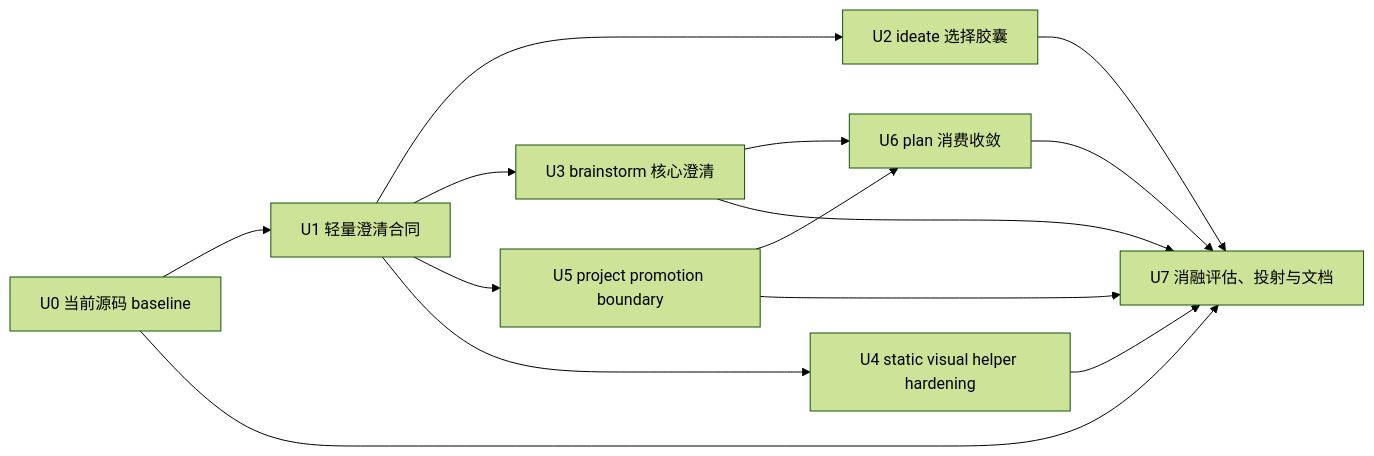
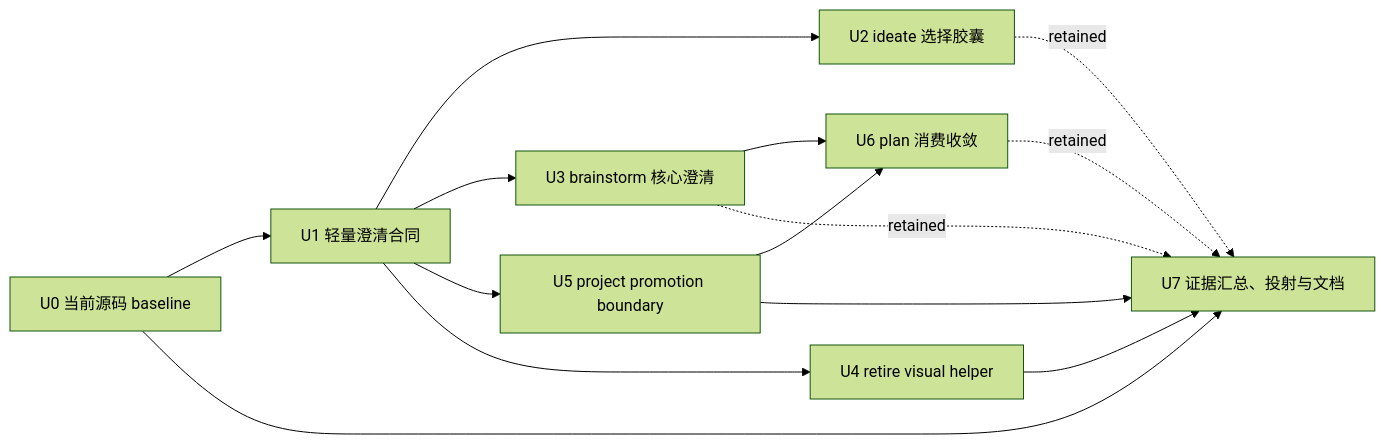
The third of 3 diagrams in docs/plans/2026-07-11-003-refactor-requirements-clarification-skills-integration-plan.md (leo-kuang-ai/spec-first), drawn with Mermaid (forest theme) before and after one commit. The commit also changed other lines of this file and 7 other files, not shown here.

````diff
--- a/docs/plans/2026-07-11-003-refactor-requirements-clarification-skills-integration-plan.md
+++ b/docs/plans/2026-07-11-003-refactor-requirements-clarification-skills-integration-plan.md
@@ -359,16 +336,16 @@
 ```mermaid
 flowchart LR
   U0[U0 当前源码 baseline] --> U1[U1 轻量澄清合同]
   U1 --> U2[U2 ideate 选择胶囊]
   U1 --> U3[U3 brainstorm 核心澄清]
   U1 --> U5[U5 project promotion boundary]
-  U1 --> U4[U4 static visual helper hardening]
+  U1 --> U4[U4 retire visual helper]
   U3 --> U6[U6 plan 消费收敛]
   U5 --> U6
-  U0 --> U7[U7 消融评估、投射与文档]
-  U2 --> U7
-  U3 --> U7
+  U0 --> U7[U7 证据汇总、投射与文档]
+  U2 -. retained .-> U7
+  U3 -. retained .-> U7
   U4 --> U7
   U5 --> U7
-  U6 --> U7
+  U6 -. retained .-> U7
 ```
````
